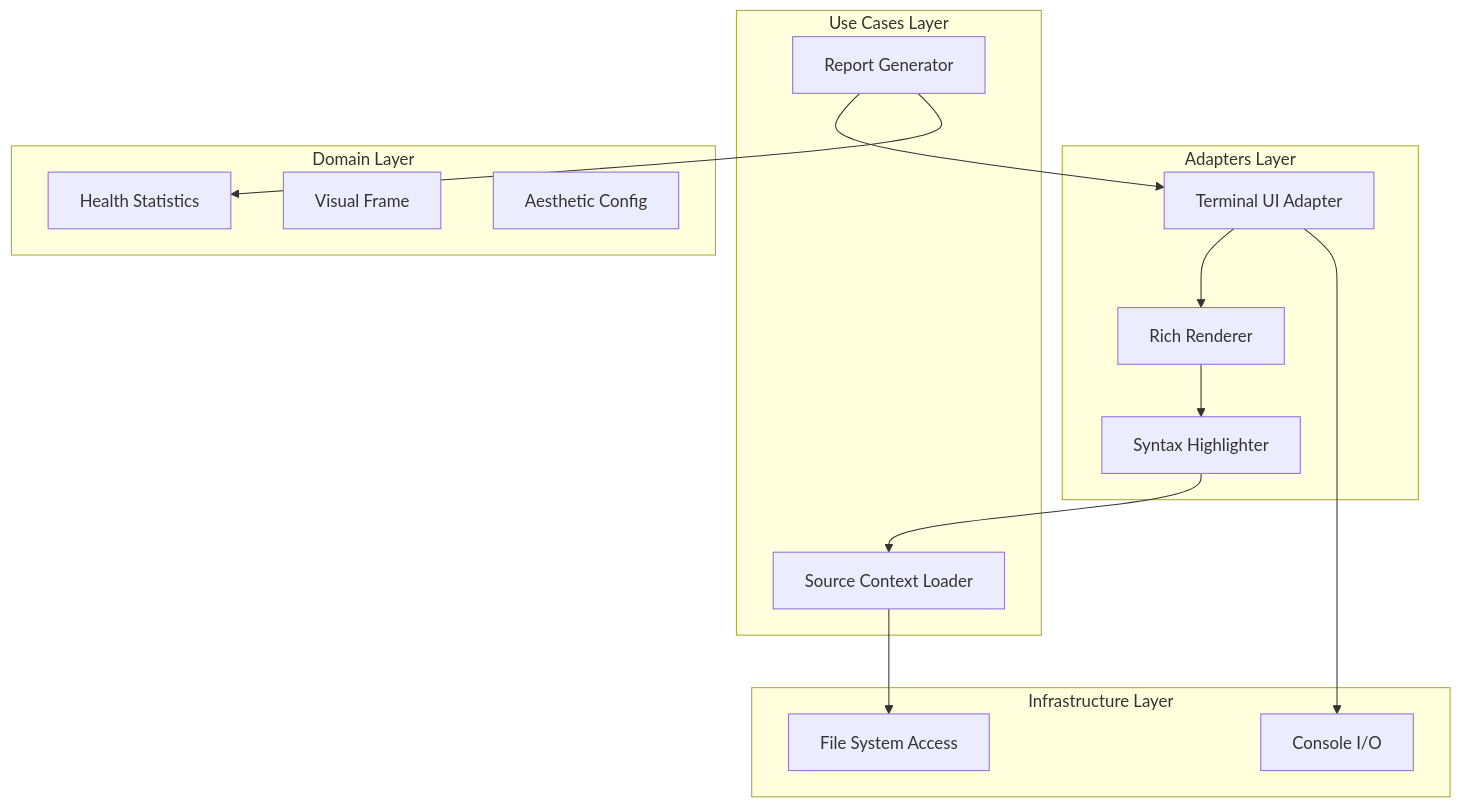
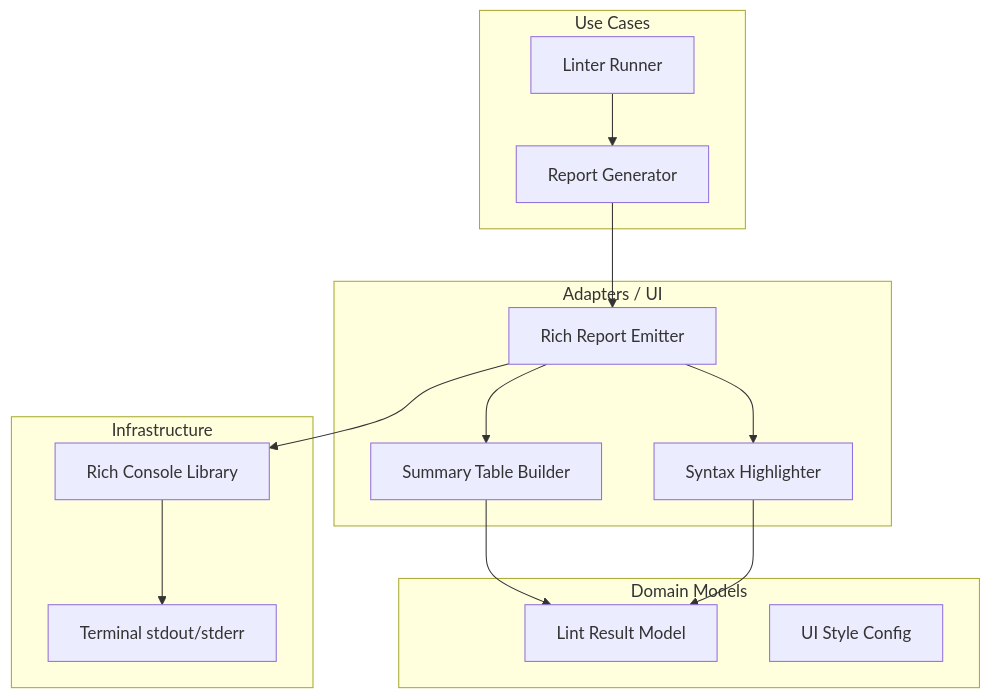
One commit to davidlapsleyio/shipkode-python-linting-cli-utility changed the diagram in specs/F2-rich-visual-terminal-ui-95fd7ad3/design.md. Above: the diagram before and after it, drawn with Mermaid. The commit also changed other lines of this file and 21 other files, not shown here.

````diff
--- a/specs/F2-rich-visual-terminal-ui-95fd7ad3/design.md
+++ b/specs/F2-rich-visual-terminal-ui-95fd7ad3/design.md
@@ -23,32 +25,32 @@
 ```mermaid
 graph TD
-    subgraph "Adapters Layer"
-        TUI[Terminal UI Adapter]
-        RT[Rich Renderer]
-        SH[Syntax Highlighter]
+    subgraph UseCases [Use Cases]
+        LinterRunner[Linter Runner]
+        ReportGenerator[Report Generator]
     end
 
-    subgraph "Use Cases Layer"
-        Reporter[Report Generator]
-        CodeLoader[Source Context Loader]
+    subgraph Adapters [Adapters / UI]
+        RichEmitter[Rich Report Emitter]
+        TableBuilder[Summary Table Builder]
+        SyntaxPrettifier[Syntax Highlighter]
     end
 
-    subgraph "Domain Layer"
-        Stats[Health Statistics]
-        Frame[Visual Frame]
-        Theme[Aesthetic Config]
+    subgraph Domain [Domain Models]
+        LintResult[Lint Result Model]
+        StyleConfig[UI Style Config]
     end
 
-    subgraph "Infrastructure Layer"
-        Console[Console I/O]
-        FS[File System Access]
+    subgraph Infrastructure [Infrastructure]
+        RichConsole[Rich Console Library]
+        TerminalIO[Terminal stdout/stderr]
     end
 
-    Reporter --> TUI
-    TUI --> RT
-    RT --> SH
-    SH --> CodeLoader
-    CodeLoader --> FS
-    TUI --> Console
-    Reporter --> Stats
+    LinterRunner --> ReportGenerator
+    ReportGenerator --> RichEmitter
+    RichEmitter --> TableBuilder
+    RichEmitter --> SyntaxPrettifier
+    RichEmitter --> RichConsole
+    TableBuilder --> LintResult
+    SyntaxPrettifier --> LintResult
+    RichConsole --> TerminalIO
 ```
````
